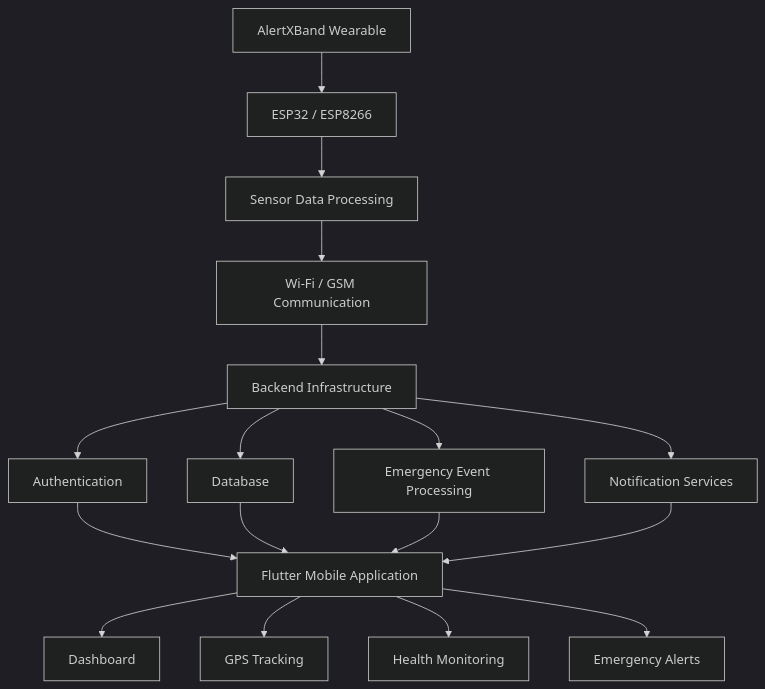
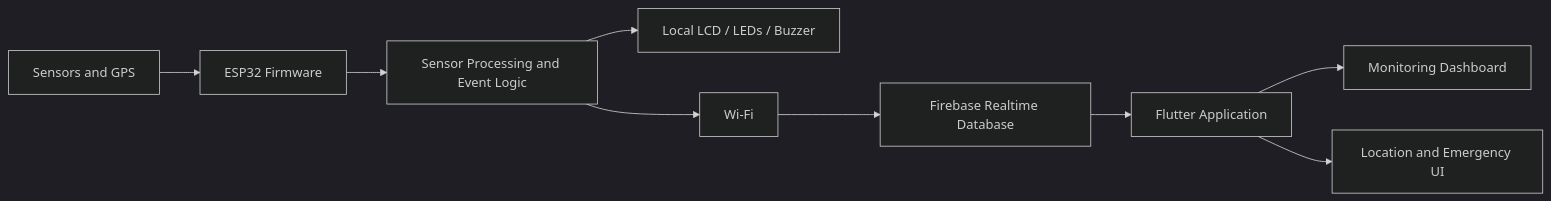
The diagram in README.md (sangamesh-mk/AlertXBand), drawn with Mermaid (dark theme) before and after one commit. The commit also changed other lines of this file, not shown here.

Commit message:
docs: refresh AlertXBand project README

````diff
--- a/README.md
+++ b/README.md
@@ -131,19 +52,11 @@
 ```mermaid
-flowchart TD
-    A["AlertXBand Wearable"] --> B["ESP32 / ESP8266"]
-    B --> C["Sensor Data Processing"]
-    C --> D["Wi-Fi / GSM Communication"]
-    D --> E["Backend Infrastructure"]
-    E --> F["Authentication"]
-    E --> G["Database"]
-    E --> H["Emergency Event Processing"]
-    E --> I["Notification Services"]
-    F --> J["Flutter Mobile Application"]
-    G --> J
-    H --> J
-    I --> J
-    J --> K["Dashboard"]
-    J --> L["GPS Tracking"]
-    J --> M["Health Monitoring"]
-    J --> N["Emergency Alerts"]
+flowchart LR
+    A["Sensors and GPS"] --> B["ESP32 Firmware"]
+    B --> C["Sensor Processing and Event Logic"]
+    C --> D["Local LCD / LEDs / Buzzer"]
+    C --> E["Wi-Fi"]
+    E --> F["Firebase Realtime Database"]
+    F --> G["Flutter Application"]
+    G --> H["Monitoring Dashboard"]
+    G --> I["Location and Emergency UI"]
 ```
````
